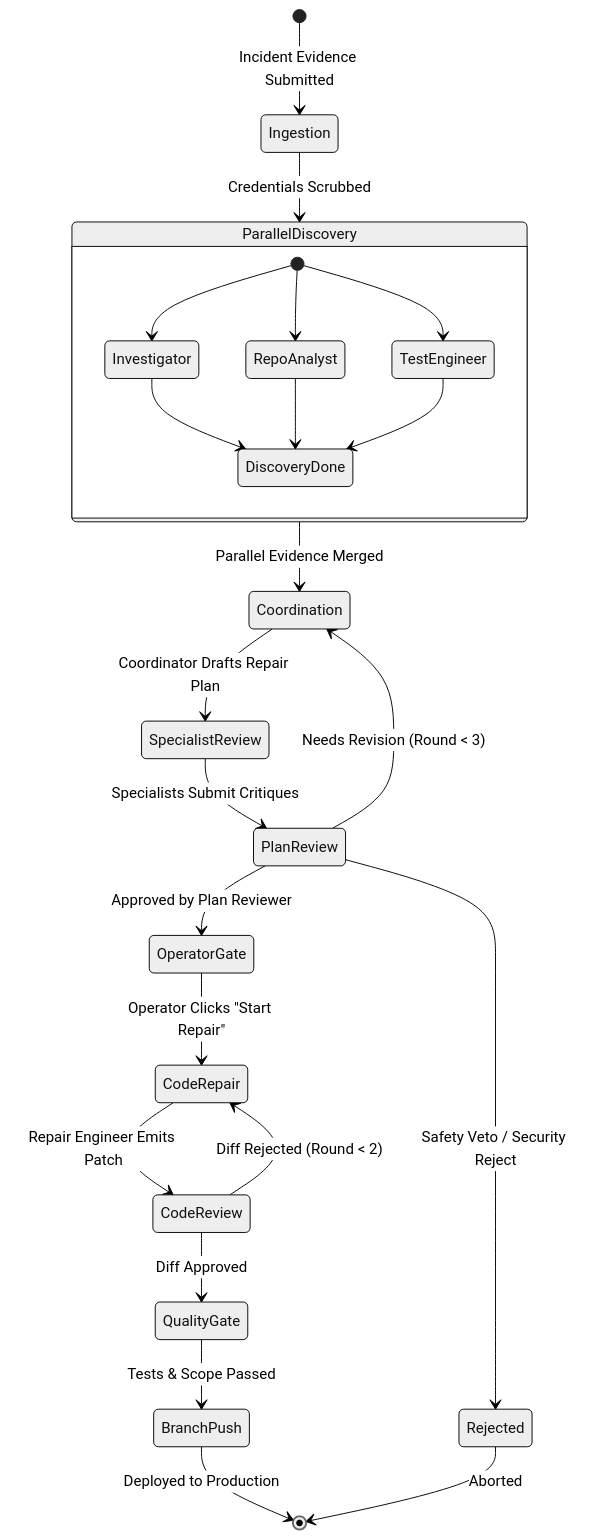
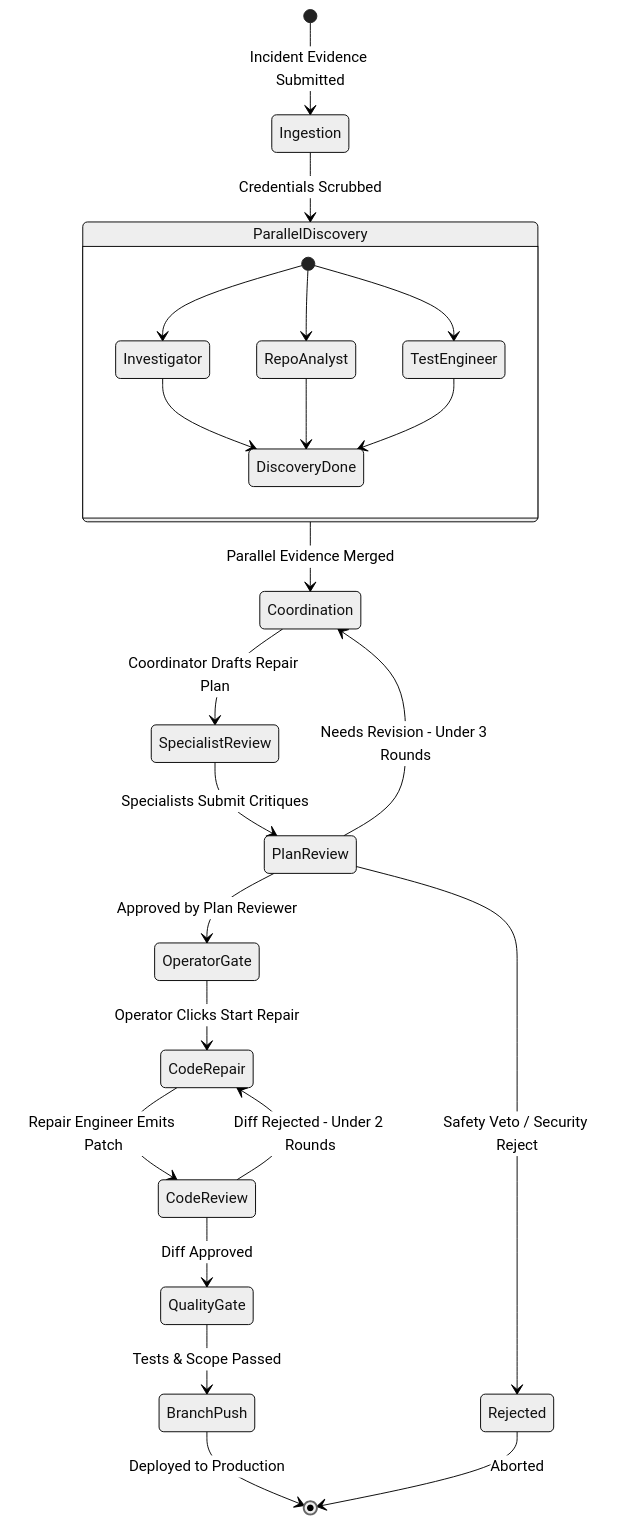
The second of 3 diagrams in docs/AGENT_ORCHESTRATION.md (kajaredhruv433/VectoraFix), drawn with Mermaid (neutral theme) before and after one commit. The commit also changed other lines of this file and 3 other files, not shown here.

Commit message:
docs: fix Mermaid diagram syntax errors for GitHub rendering

````diff
--- a/docs/AGENT_ORCHESTRATION.md
+++ b/docs/AGENT_ORCHESTRATION.md
@@ -71,34 +71,34 @@
 ```mermaid
 stateDiagram-v2
     [*] --> Ingestion: Incident Evidence Submitted
     Ingestion --> ParallelDiscovery: Credentials Scrubbed
     
     state ParallelDiscovery {
         [*] --> Investigator
         [*] --> RepoAnalyst
         [*] --> TestEngineer
         Investigator --> DiscoveryDone
         RepoAnalyst --> DiscoveryDone
         TestEngineer --> DiscoveryDone
     }
 
     ParallelDiscovery --> Coordination: Parallel Evidence Merged
     Coordination --> SpecialistReview: Coordinator Drafts Repair Plan
     SpecialistReview --> PlanReview: Specialists Submit Critiques
 
     state PlanReview <<choice>>
-    PlanReview --> Coordination: Needs Revision (Round < 3)
+    PlanReview --> Coordination: Needs Revision - Under 3 Rounds
     PlanReview --> Rejected: Safety Veto / Security Reject
     PlanReview --> OperatorGate: Approved by Plan Reviewer
 
-    OperatorGate --> CodeRepair: Operator Clicks "Start Repair"
+    OperatorGate --> CodeRepair: Operator Clicks Start Repair
     CodeRepair --> CodeReview: Repair Engineer Emits Patch
     
     state CodeReview <<choice>>
-    CodeReview --> CodeRepair: Diff Rejected (Round < 2)
+    CodeReview --> CodeRepair: Diff Rejected - Under 2 Rounds
     CodeReview --> QualityGate: Diff Approved
 
     QualityGate --> BranchPush: Tests & Scope Passed
     BranchPush --> [*]: Deployed to Production
     Rejected --> [*]: Aborted
 ```
````
